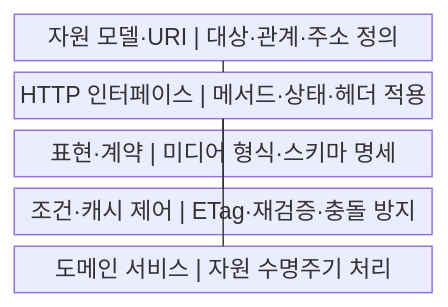
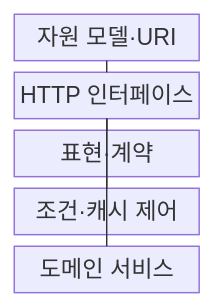
Before and after one commit to agnusdei1207/knowledge-base: the first of 2 diagrams in src/content/docs/notes/03-software/171_restful_api_design.md, drawn with Mermaid. The commit also changed other lines of this file and 238 other files, not shown here.

````diff
--- a/src/content/docs/notes/03-software/171_restful_api_design.md
+++ b/src/content/docs/notes/03-software/171_restful_api_design.md
@@ -56,13 +56,13 @@
 ```mermaid
-block
+block-beta
     columns 1
-    A["자원 모델·URI | 대상·관계·주소 정의"]
-    B["HTTP 인터페이스 | 메서드·상태·헤더 적용"]
-    C["표현·계약 | 미디어 형식·스키마 명세"]
-    D["조건·캐시 제어 | ETag·재검증·충돌 방지"]
-    E["도메인 서비스 | 자원 수명주기 처리"]
+    A["자원 모델·URI"]
+    B["HTTP 인터페이스"]
+    C["표현·계약"]
+    D["조건·캐시 제어"]
+    E["도메인 서비스"]
     A --- B
     B --- C
     B --- D
     B --- E
 ```
````
